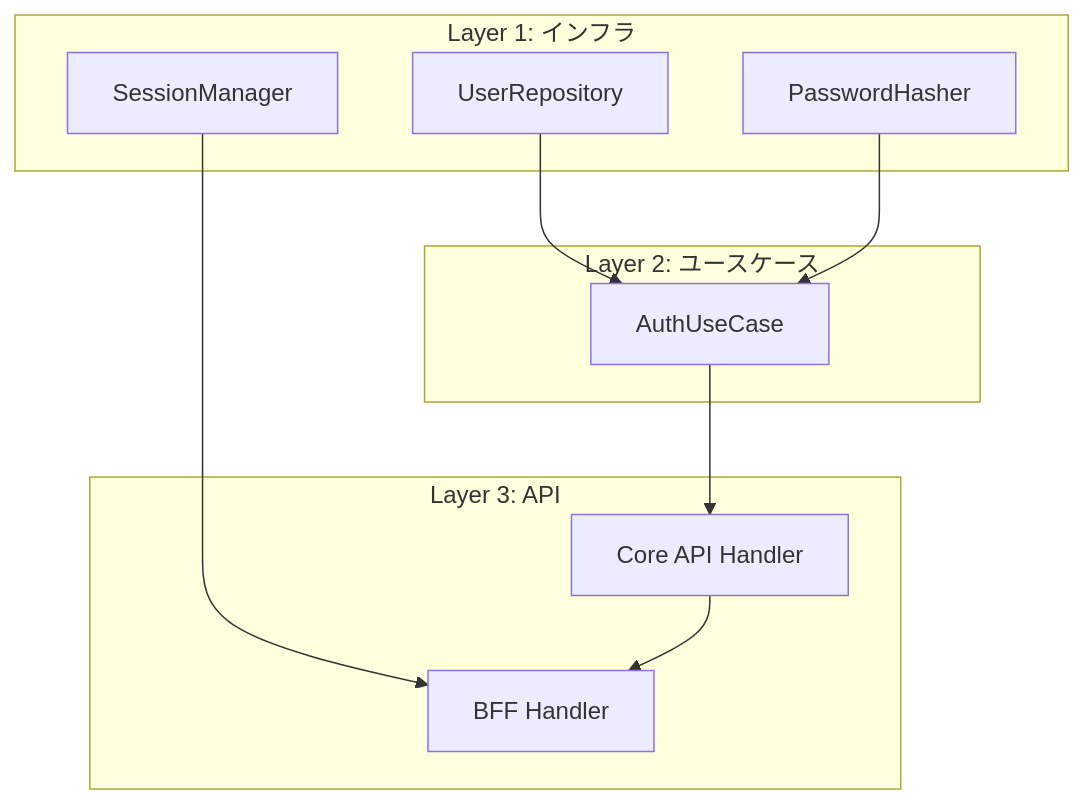
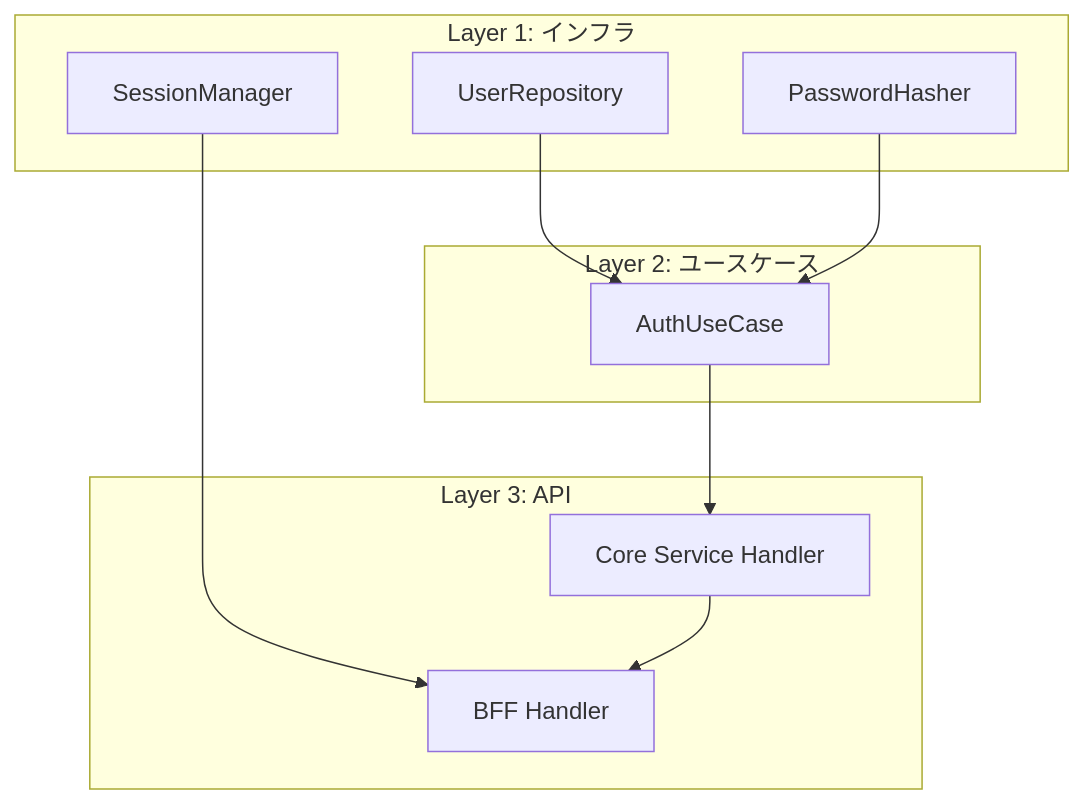
The second of 3 diagrams in docs/04_手順書/04_開発フロー/02_TDD開発フロー.md (ka2kama/ringiflow), drawn with Mermaid before and after one commit. The commit also changed other lines of this file and 55 other files, not shown here.

````diff
--- a/docs/04_手順書/04_開発フロー/02_TDD開発フロー.md
+++ b/docs/04_手順書/04_開発フロー/02_TDD開発フロー.md
@@ -161,23 +161,23 @@
 ```mermaid
 flowchart TB
     subgraph Layer1["Layer 1: インフラ"]
         A["UserRepository"]
         B["PasswordHasher"]
         C["SessionManager"]
     end
 
     subgraph Layer2["Layer 2: ユースケース"]
         D["AuthUseCase"]
     end
 
     subgraph Layer3["Layer 3: API"]
-        E["Core API Handler"]
+        E["Core Service Handler"]
         F["BFF Handler"]
     end
 
     A --> D
     B --> D
     D --> E
     C --> F
     E --> F
 ```
````
